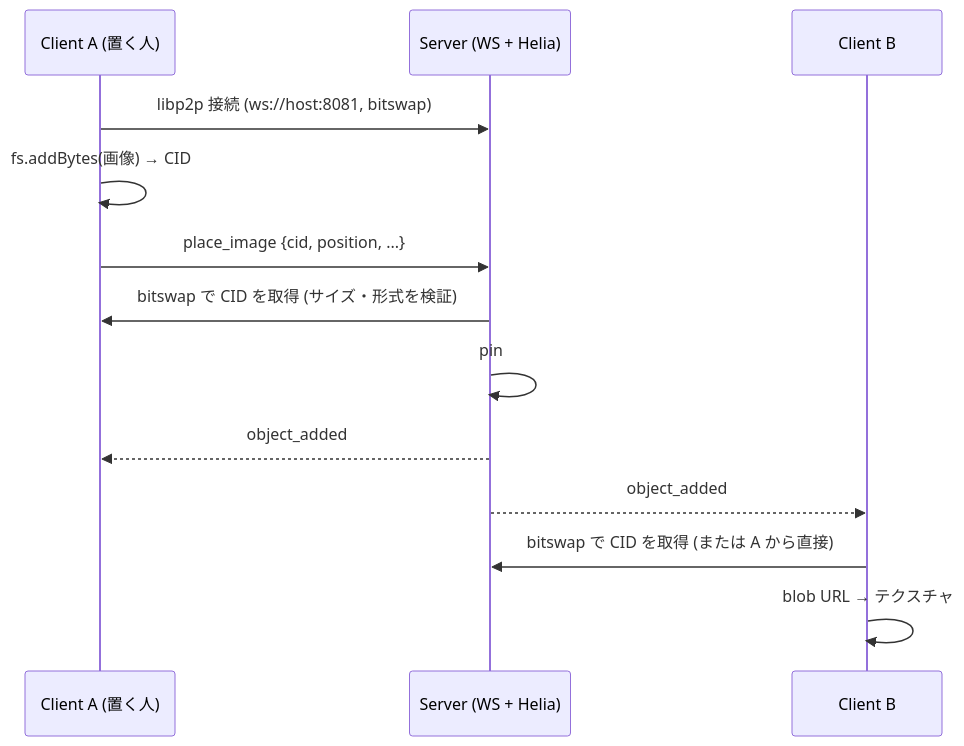
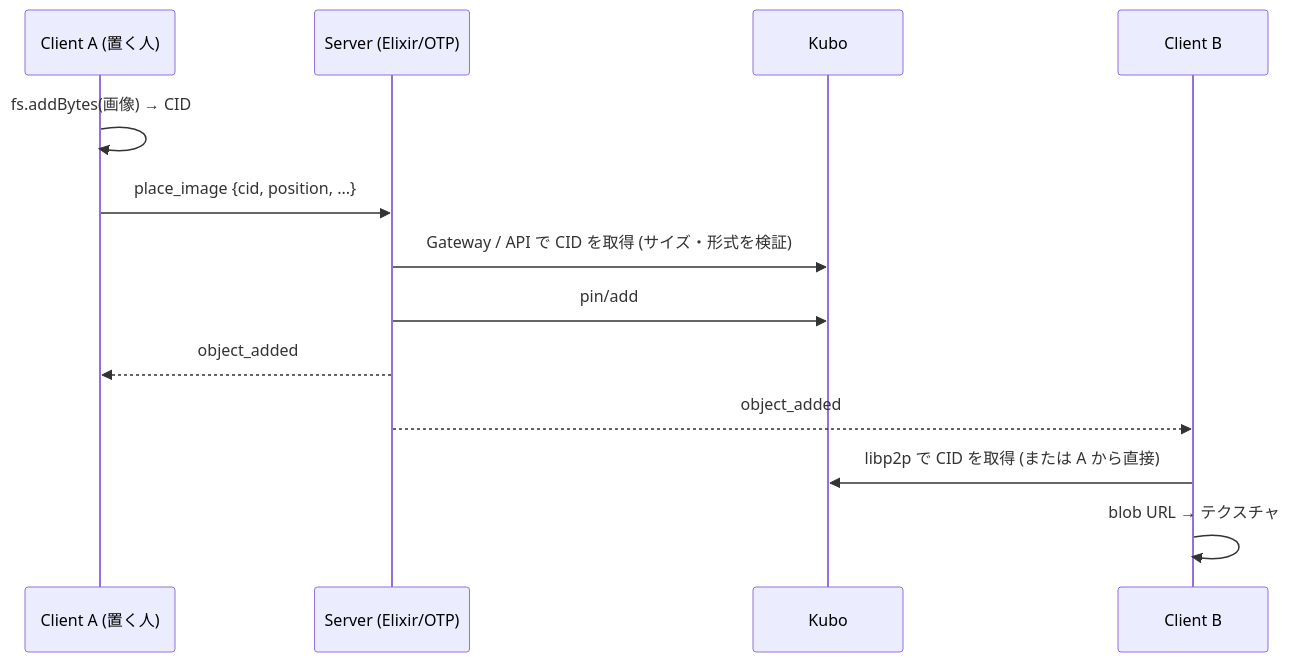
Before and after one commit to katteni-kaihatu/nemvr-prototype: the second of 2 diagrams in docs/design.md, drawn with Mermaid. The commit also changed other lines of this file and 75 other files, not shown here.

First line of the commit message:
Replace the Node server with an Elixir/OTP backend

````diff
--- a/docs/design.md
+++ b/docs/design.md
@@ -141,16 +142,16 @@
 ```mermaid
 sequenceDiagram
     participant A as Client A (置く人)
-    participant S as Server (WS + Helia)
+    participant S as Server (Elixir/OTP)
+    participant K as Kubo
     participant B as Client B
 
-    A->>S: libp2p 接続 (ws://host:8081, bitswap)
     A->>A: fs.addBytes(画像) → CID
     A->>S: place_image {cid, position, ...}
-    S->>A: bitswap で CID を取得 (サイズ・形式を検証)
-    S->>S: pin
+    S->>K: Gateway / API で CID を取得 (サイズ・形式を検証)
+    S->>K: pin/add
     S-->>A: object_added
     S-->>B: object_added
-    B->>S: bitswap で CID を取得 (または A から直接)
+    B->>K: libp2p で CID を取得 (または A から直接)
     B->>B: blob URL → テクスチャ
 ```
````
